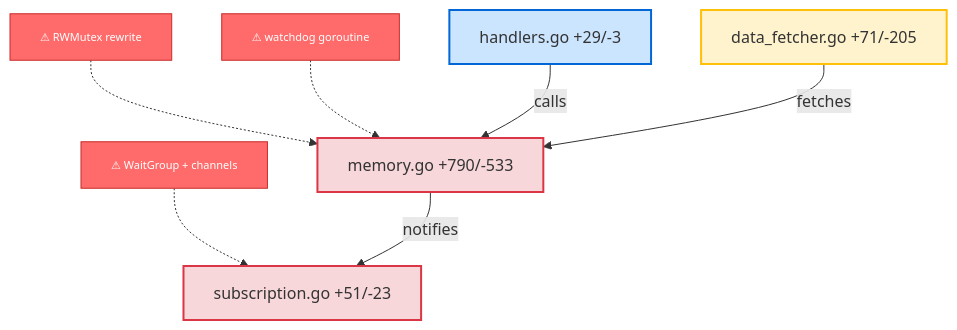
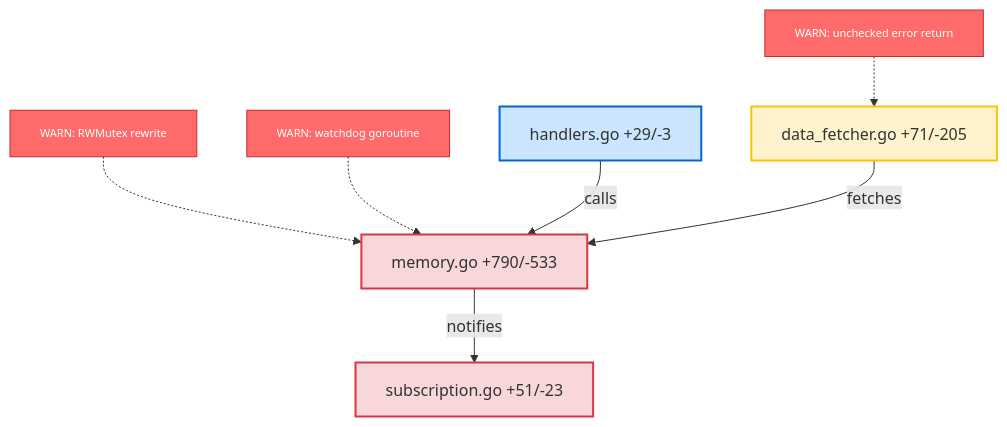
One commit to xray-pr/xray-pr changed the diagram in README.md. Above: the diagram before and after it, drawn with Mermaid. The commit also changed other lines of this file, not shown here.

First line of the commit message:
docs: update README with analyzer flow, new repo URLs

````diff
--- a/README.md
+++ b/README.md
@@ -31,20 +31,20 @@
 ```mermaid
 graph TD
     A["memory.go +790/-533"]:::red
     B["subscription.go +51/-23"]:::red
     C["handlers.go +29/-3"]:::blue
     D["data_fetcher.go +71/-205"]:::orange
 
-    r1["⚠ RWMutex rewrite"]:::risk -.-> A
-    r2["⚠ watchdog goroutine"]:::risk -.-> A
-    r3["⚠ WaitGroup + channels"]:::risk -.-> B
+    r1["WARN: RWMutex rewrite"]:::risk -.-> A
+    r2["WARN: watchdog goroutine"]:::risk -.-> A
+    r3["WARN: unchecked error return"]:::risk -.-> D
 
     C -->|"calls"| A
     D -->|"fetches"| A
     A -->|"notifies"| B
 
     classDef red fill:#f8d7da,stroke:#dc3545,stroke-width:2px
     classDef orange fill:#fff3cd,stroke:#ffc107,stroke-width:2px
     classDef blue fill:#cce5ff,stroke:#0366d6,stroke-width:2px
     classDef risk fill:#ff6b6b,stroke:#c92a2a,color:#fff,font-size:11px
 ```
````
